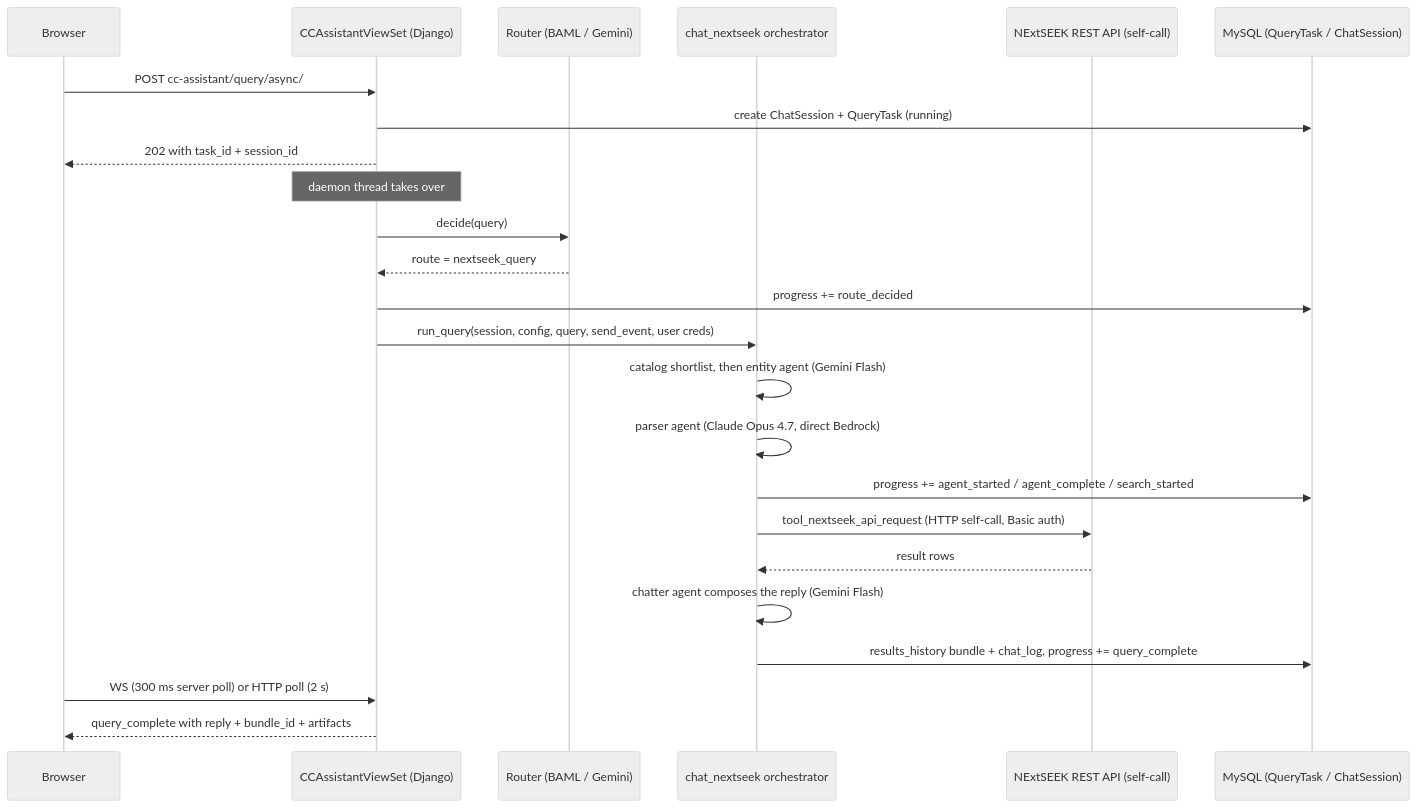
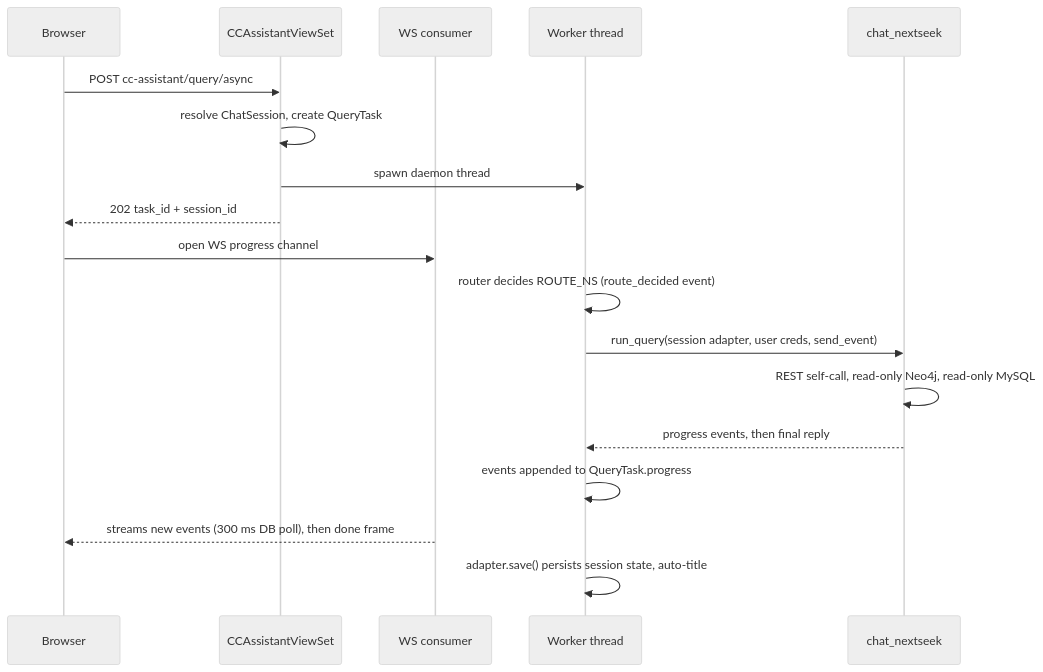
The third of 4 diagrams in architecture.md (BioMicroCenter/NExtSEEK), drawn with Mermaid (neutral theme) before and after one commit. The commit also changed other lines of this file, not shown here.

First line of the commit message:
docs(assistant): rewrite Nessie architecture.md from verified in-scope research

````diff
--- a/architecture.md
+++ b/architecture.md
@@ -131,27 +107,20 @@
 ```mermaid
 sequenceDiagram
     participant B as Browser
-    participant V as CCAssistantViewSet (Django)
-    participant R as Router (BAML / Gemini)
-    participant O as chat_nextseek orchestrator
-    participant API as NExtSEEK REST API (self-call)
-    participant DB as MySQL (QueryTask / ChatSession)
-
-    B->>V: POST cc-assistant/query/async/
-    V->>DB: create ChatSession + QueryTask (running)
-    V-->>B: 202 with task_id + session_id
-    Note over V: daemon thread takes over
-    V->>R: decide(query)
-    R-->>V: route = nextseek_query
-    V->>DB: progress += route_decided
-    V->>O: run_query(session, config, query, send_event, user creds)
-    O->>O: catalog shortlist, then entity agent (Gemini Flash)
-    O->>O: parser agent (Claude Opus 4.7, direct Bedrock)
-    O->>DB: progress += agent_started / agent_complete / search_started
-    O->>API: tool_nextseek_api_request (HTTP self-call, Basic auth)
-    API-->>O: result rows
-    O->>O: chatter agent composes the reply (Gemini Flash)
-    O->>DB: results_history bundle + chat_log, progress += query_complete
-    B->>V: WS (300 ms server poll) or HTTP poll (2 s)
-    V-->>B: query_complete with reply + bundle_id + artifacts
+    participant V as CCAssistantViewSet
+    participant W as WS consumer
+    participant T as Worker thread
+    participant E as chat_nextseek
+    B->>V: POST cc-assistant/query/async
+    V->>V: resolve ChatSession, create QueryTask
+    V->>T: spawn daemon thread
+    V-->>B: 202 task_id + session_id
+    B->>W: open WS progress channel
+    T->>T: router decides ROUTE_NS (route_decided event)
+    T->>E: run_query(session adapter, user creds, send_event)
+    E->>E: REST self-call, read-only Neo4j, read-only MySQL
+    E-->>T: progress events, then final reply
+    T->>T: events appended to QueryTask.progress
+    W-->>B: streams new events (300 ms DB poll), then done frame
+    T->>T: adapter.save() persists session state, auto-title
 ```
````
